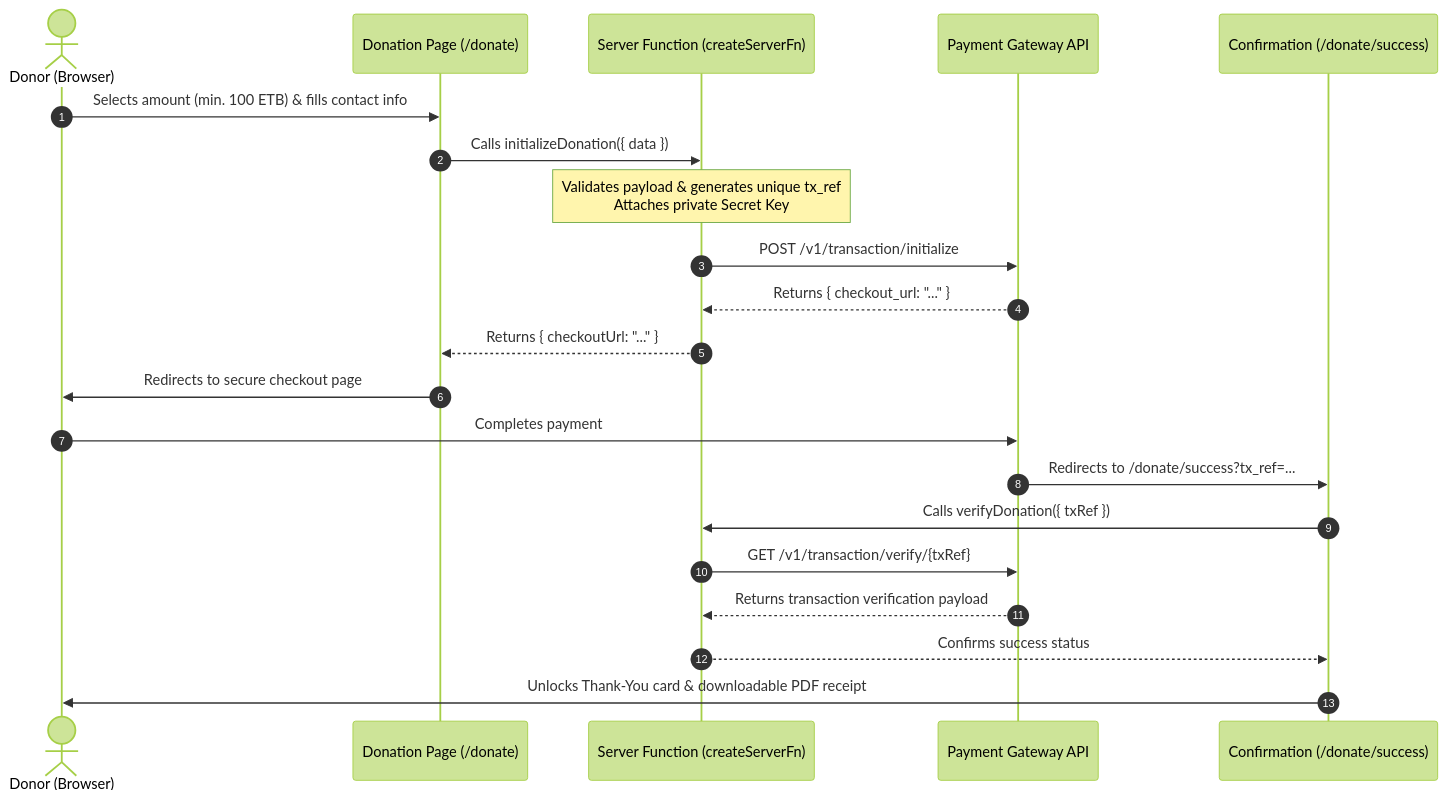
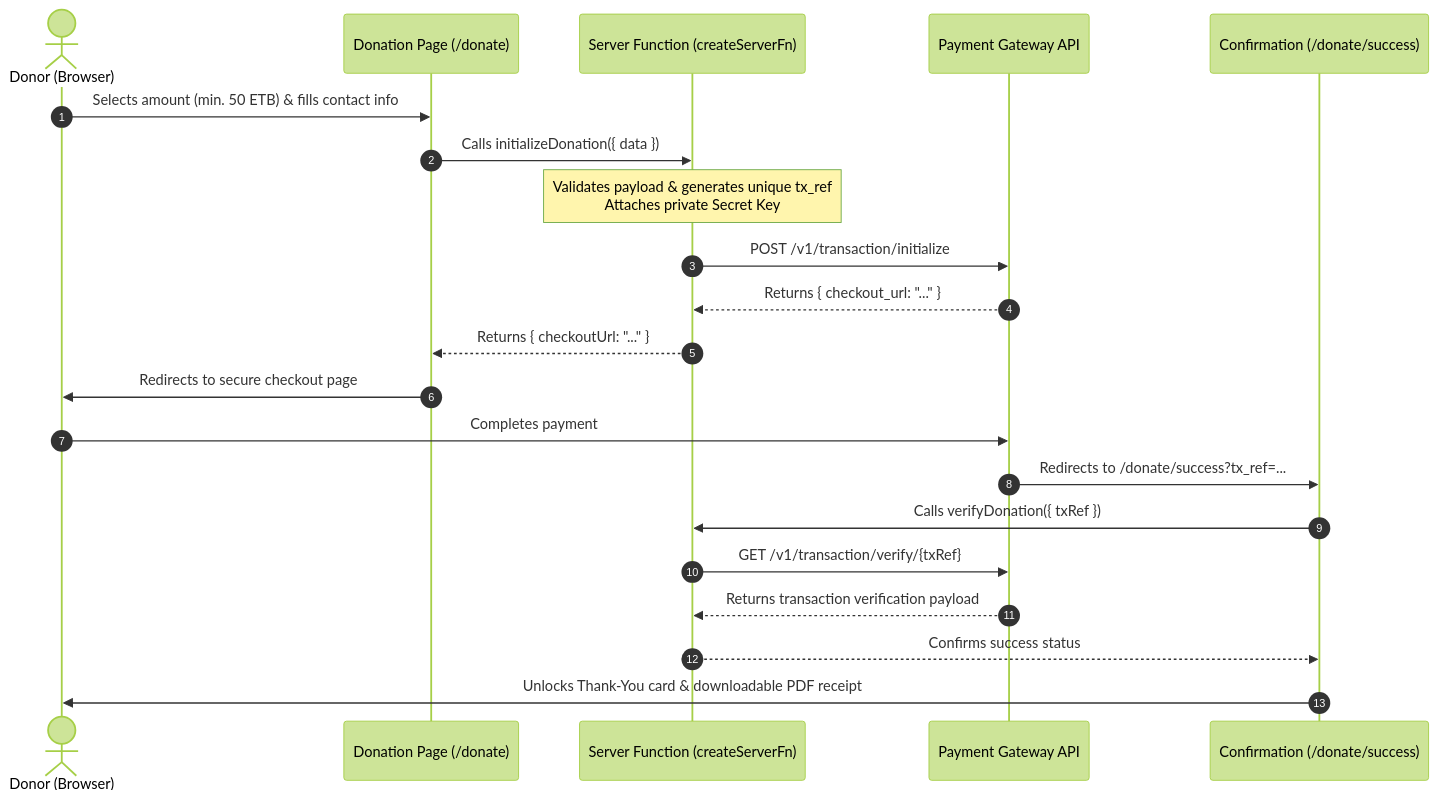
Before and after one commit to Tegegndev/EMWAnew: the diagram in README.md, drawn with Mermaid (forest theme). The commit also changed other lines of this file and 2 other files, not shown here.

Commit message:
feat(donate): set minimum donation to 50 ETB and add 50 ETB preset

````diff
--- a/README.md
+++ b/README.md
@@ -15,24 +15,24 @@
 ```mermaid
 sequenceDiagram
     autonumber
     actor Donor as Donor (Browser)
     participant UI as Donation Page (/donate)
     participant ServerFn as Server Function (createServerFn)
     participant Gateway as Payment Gateway API
     participant SuccessUI as Confirmation (/donate/success)
 
-    Donor->>UI: Selects amount (min. 100 ETB) & fills contact info
+    Donor->>UI: Selects amount (min. 50 ETB) & fills contact info
     UI->>ServerFn: Calls initializeDonation({ data })
     Note over ServerFn: Validates payload & generates unique tx_ref<br/>Attaches private Secret Key
     ServerFn->>Gateway: POST /v1/transaction/initialize
     Gateway-->>ServerFn: Returns { checkout_url: "..." }
     ServerFn-->>UI: Returns { checkoutUrl: "..." }
     UI->>Donor: Redirects to secure checkout page
     Donor->>Gateway: Completes payment
     Gateway->>SuccessUI: Redirects to /donate/success?tx_ref=...
     SuccessUI->>ServerFn: Calls verifyDonation({ txRef })
     ServerFn->>Gateway: GET /v1/transaction/verify/{txRef}
     Gateway-->>ServerFn: Returns transaction verification payload
     ServerFn-->>SuccessUI: Confirms success status
     SuccessUI->>Donor: Unlocks Thank-You card & downloadable PDF receipt
 ```
````
